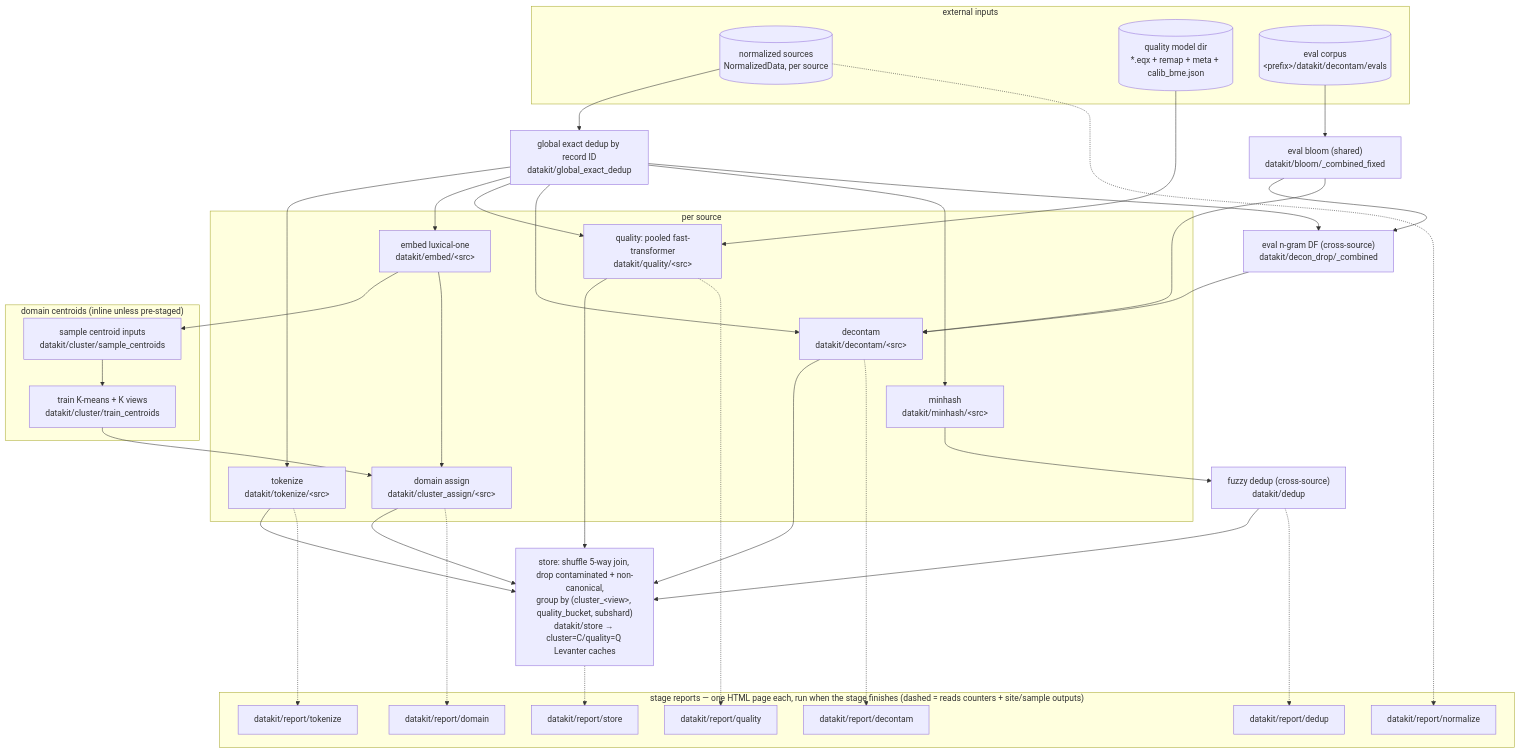
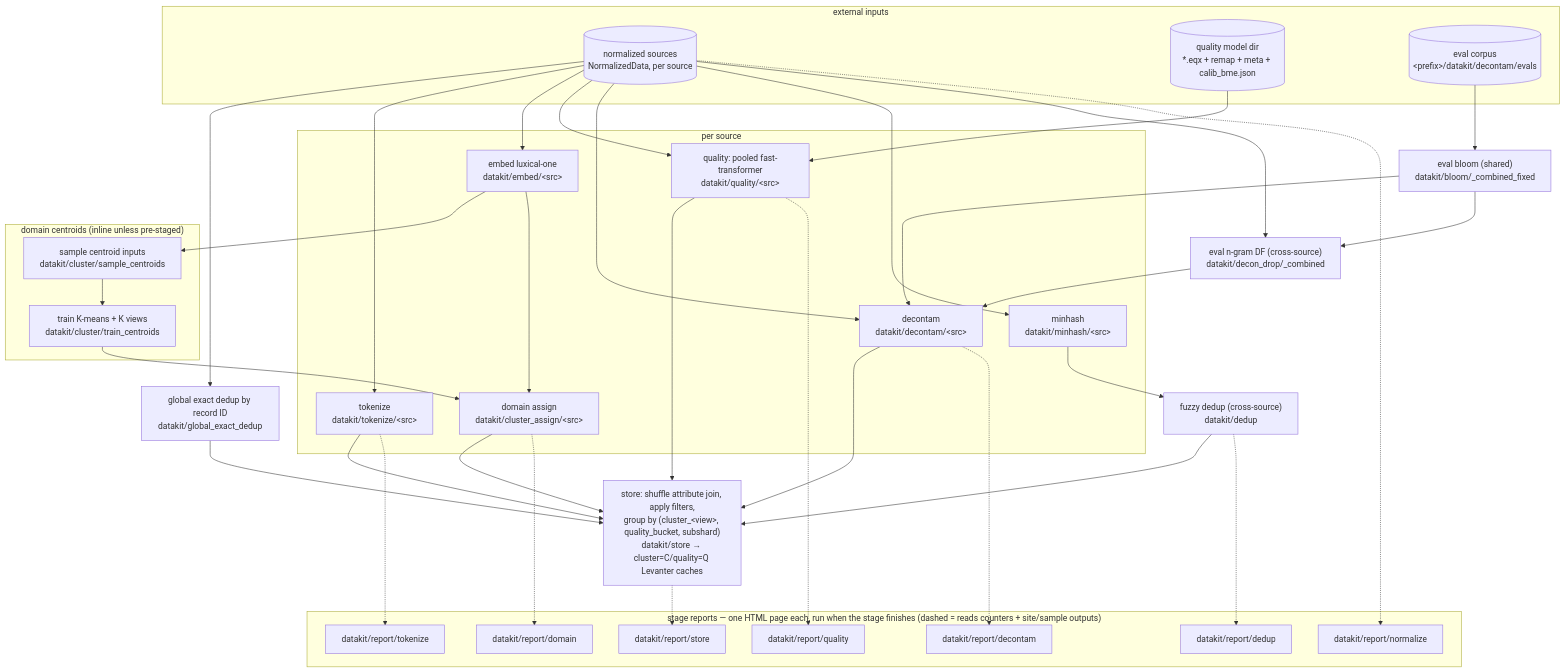
Before and after one commit to marin-community/marin: the diagram in experiments/datakit/README.md, drawn with Mermaid. The commit also changed other lines of this file and 27 other files, not shown here.

Commit message:
[datakit] Emit exact-dedup attributes

````diff
--- a/experiments/datakit/README.md
+++ b/experiments/datakit/README.md
@@ -38,65 +43,66 @@
 ```mermaid
 flowchart TD
     subgraph inputs["external inputs"]
         SRC[("normalized sources<br/>NormalizedData, per source")]
         MODEL[("quality model dir<br/>*.eqx + remap + meta + calib_bme.json")]
         EVALS[("eval corpus<br/>&lt;prefix&gt;/datakit/decontam/evals")]
     end
 
     subgraph per_source["per source"]
         TOK["tokenize<br/>datakit/tokenize/&lt;src&gt;"]
         EMB["embed luxical-one<br/>datakit/embed/&lt;src&gt;"]
         ASG["domain assign<br/>datakit/cluster_assign/&lt;src&gt;"]
         QUAL["quality: pooled fast-transformer<br/>datakit/quality/&lt;src&gt;"]
         DECON["decontam<br/>datakit/decontam/&lt;src&gt;"]
         MH["minhash<br/>datakit/minhash/&lt;src&gt;"]
     end
 
     subgraph domain_model["domain centroids (inline unless pre-staged)"]
         SAMP["sample centroid inputs<br/>datakit/cluster/sample_centroids"]
         KM["train K-means + K views<br/>datakit/cluster/train_centroids"]
     end
 
     BLOOM["eval bloom (shared)<br/>datakit/bloom/_combined_fixed"]
     DF["eval n-gram DF (cross-source)<br/>datakit/decon_drop/_combined"]
     EXACT["global exact dedup by record ID<br/>datakit/global_exact_dedup"]
     DEDUP["fuzzy dedup (cross-source)<br/>datakit/dedup"]
-    STORE["store: shuffle 5-way join, drop contaminated + non-canonical,<br/>group by (cluster_&lt;view&gt;, quality_bucket, subshard)<br/>datakit/store → cluster=C/quality=Q Levanter caches"]
+    STORE["store: shuffle attribute join, apply filters,<br/>group by (cluster_&lt;view&gt;, quality_bucket, subshard)<br/>datakit/store → cluster=C/quality=Q Levanter caches"]
 
     SRC --> EXACT
-    EXACT --> TOK
-    EXACT --> EMB
-    EXACT --> QUAL
-    EXACT --> DECON
-    EXACT --> MH
+    SRC --> TOK
+    SRC --> EMB
+    SRC --> QUAL
+    SRC --> DECON
+    SRC --> MH
     MODEL --> QUAL
     EVALS --> BLOOM --> DF --> DECON
-    EXACT --> DF
+    SRC --> DF
     BLOOM --> DECON
     EMB --> SAMP --> KM --> ASG
     EMB --> ASG
     MH --> DEDUP
     TOK --> STORE
     ASG --> STORE
     QUAL --> STORE
     DECON --> STORE
+    EXACT --> STORE
     DEDUP --> STORE
 
     subgraph reports["stage reports — one HTML page each, run when the stage finishes (dashed = reads counters + site/sample outputs)"]
         RN["datakit/report/normalize"]
         RT["datakit/report/tokenize"]
         RQ["datakit/report/quality"]
         RD["datakit/report/domain"]
         RC["datakit/report/decontam"]
         RU["datakit/report/dedup"]
         RS["datakit/report/store"]
     end
 
     SRC -.-> RN
     TOK -.-> RT
     QUAL -.-> RQ
     ASG -.-> RD
     DECON -.-> RC
     DEDUP -.-> RU
     STORE -.-> RS
 ```
````
